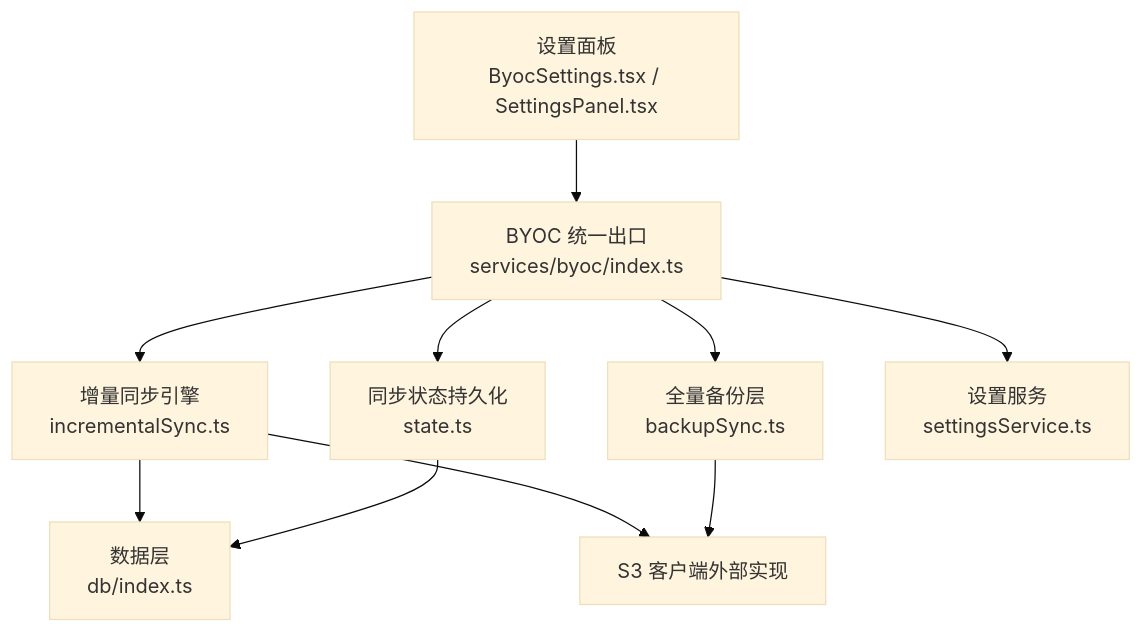
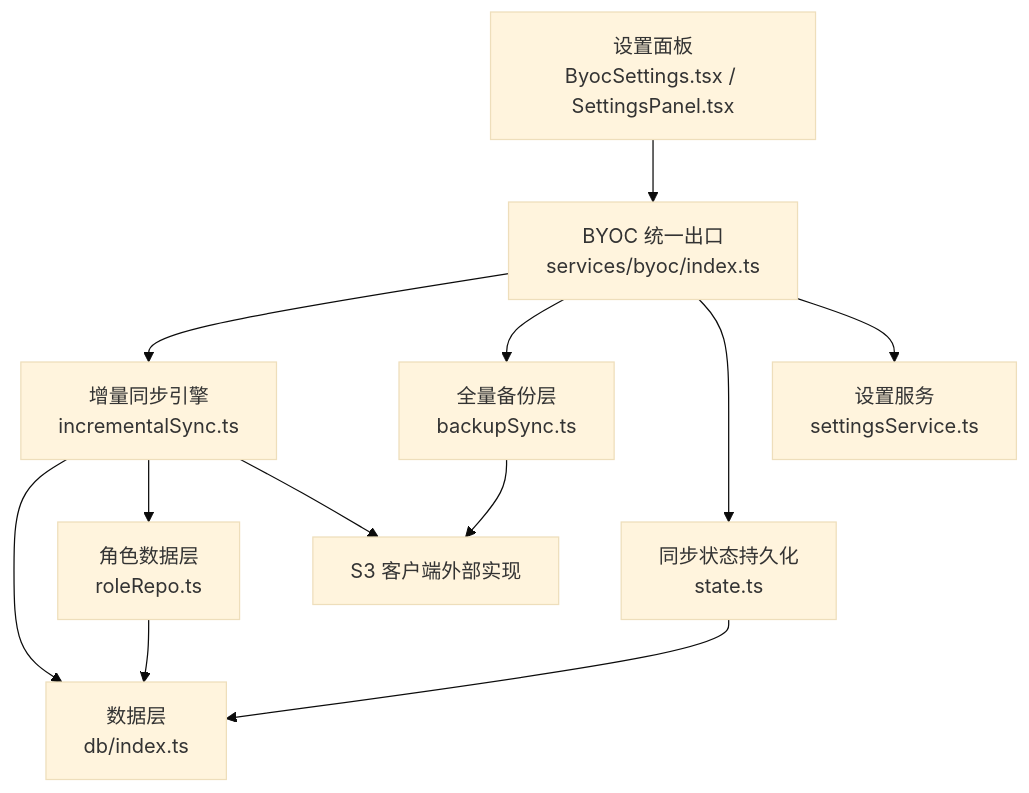
One commit to billye220670/AIShop changed the first of 5 diagrams in .qoder/repowiki/zh/content/数据持久化/BYOC云同步系统.md. Above: the diagram before and after it, drawn with Mermaid (base theme). The commit also changed other lines of this file and 32 other files, not shown here.

````diff
--- a/.qoder/repowiki/zh/content/数据持久化/BYOC云同步系统.md
+++ b/.qoder/repowiki/zh/content/数据持久化/BYOC云同步系统.md
@@ -40,12 +50,14 @@
 ```mermaid
 graph TB
 UI["设置面板<br/>ByocSettings.tsx / SettingsPanel.tsx"] --> API["BYOC 统一出口<br/>services/byoc/index.ts"]
 API --> INC["增量同步引擎<br/>incrementalSync.ts"]
 API --> BAK["全量备份层<br/>backupSync.ts"]
 API --> ST["同步状态持久化<br/>state.ts"]
 API --> CFG["设置服务<br/>settingsService.ts"]
 INC --> DB["数据层<br/>db/index.ts"]
+INC --> ROLE["角色数据层<br/>roleRepo.ts"]
 INC --> S3["S3 客户端外部实现"]
 BAK --> S3
 ST --> DB
+ROLE --> DB
 ```
````
